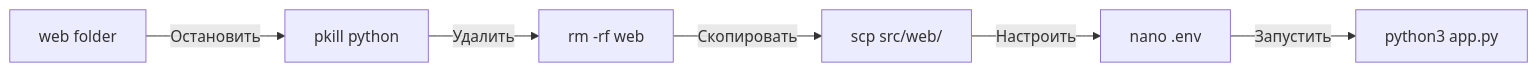
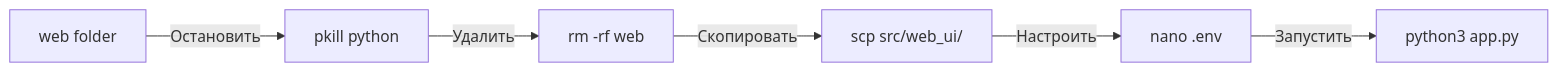
Before and after one commit to royfincher25-source/bypass_keenetic_web: the second of 12 diagrams in docs/OBSIDIAN_INSTRUCTION.md, drawn with Mermaid. The commit also changed other lines of this file and 4 other files, not shown here.

````diff
--- a/docs/OBSIDIAN_INSTRUCTION.md
+++ b/docs/OBSIDIAN_INSTRUCTION.md
@@ -374,8 +374,8 @@
 ```mermaid
 flowchart LR
     A[web folder] -->|Остановить| B[pkill python]
     B -->|Удалить| C[rm -rf web]
-    C -->|Скопировать| D[scp src/web/]
+    C -->|Скопировать| D[scp src/web_ui/]
     D -->|Настроить| E[nano .env]
     E -->|Запустить| F[python3 app.py]
 ```
````
